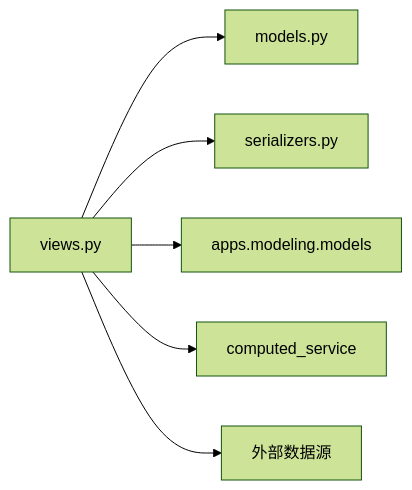
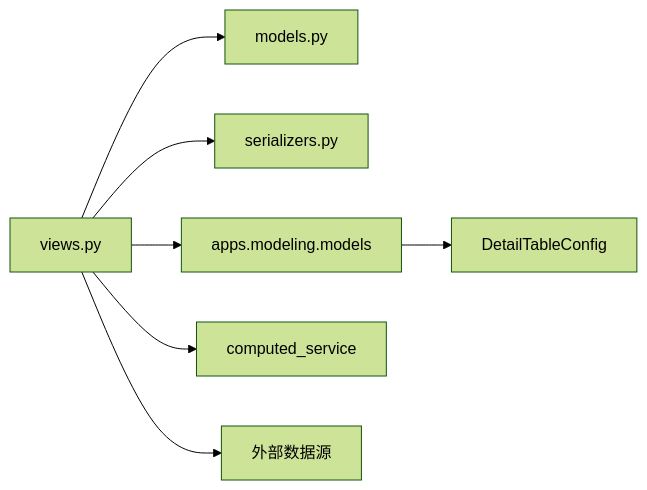
The sixth of 6 diagrams in .qoder/repowiki/zh/content/档案管理模块/API同步管理.md (zyp-coder/Metadata), drawn with Mermaid (forest theme) before and after one commit. The commit also changed other lines of this file and 42 other files, not shown here.

````diff
--- a/.qoder/repowiki/zh/content/档案管理模块/API同步管理.md
+++ b/.qoder/repowiki/zh/content/档案管理模块/API同步管理.md
@@ -246,8 +308,9 @@
 ```mermaid
 graph LR
 V["views.py"] --> M["models.py"]
 V --> SM["serializers.py"]
 V --> MD["apps.modeling.models"]
 V --> CS["computed_service"]
 V --> DS["外部数据源"]
+MD --> DTC["DetailTableConfig"]
 ```
````
